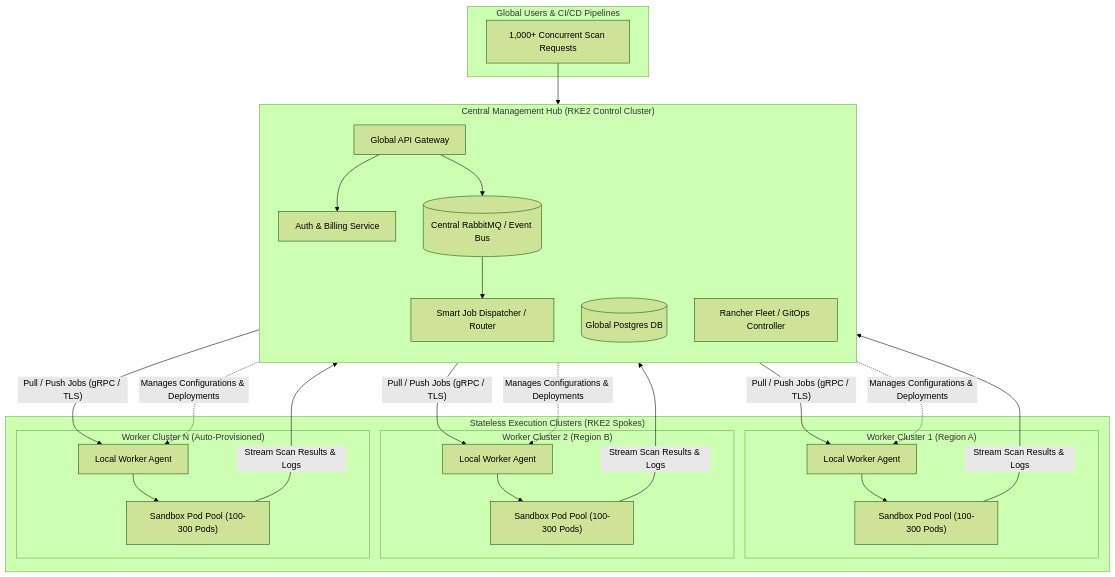
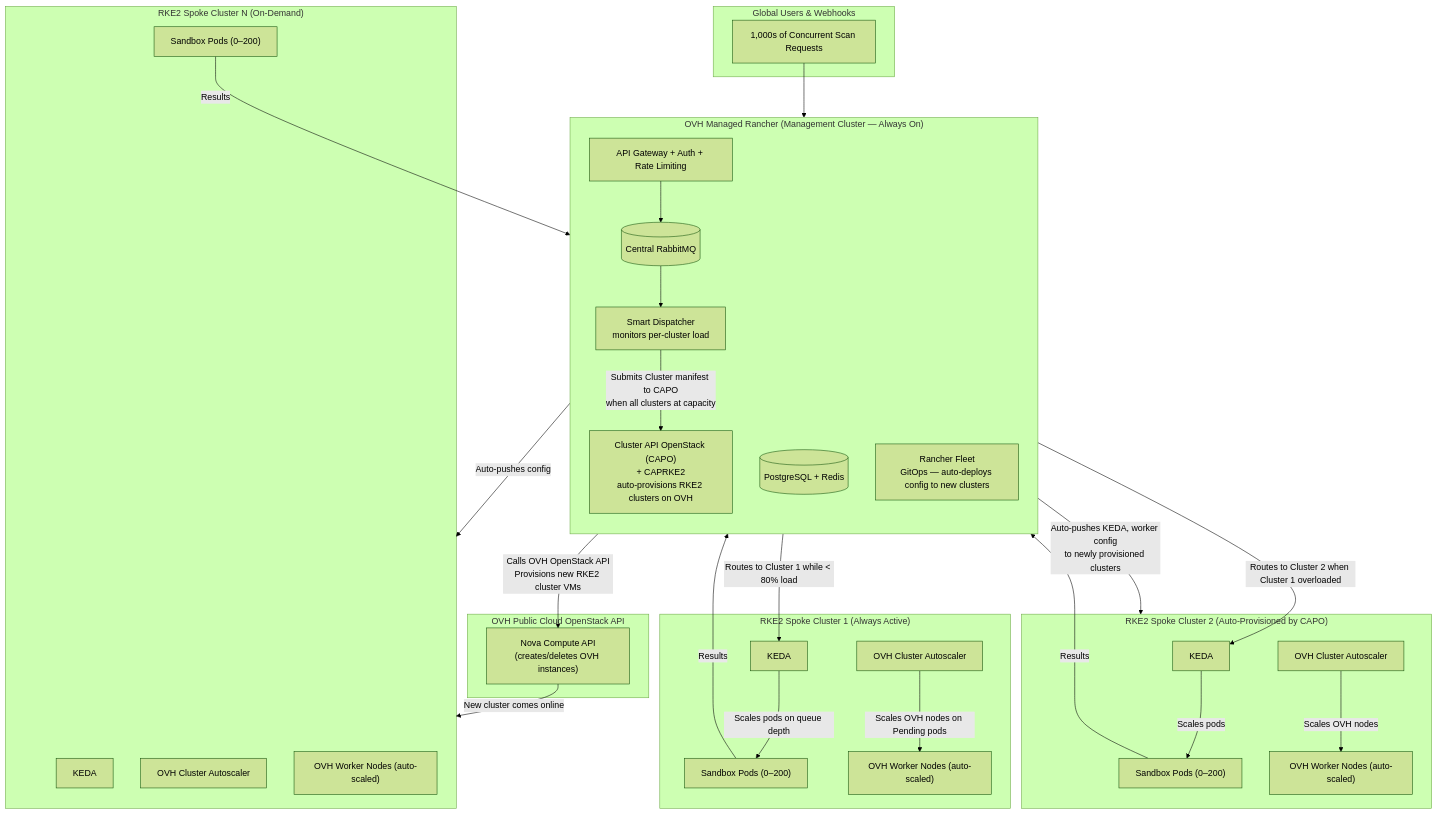
One commit to 01cloud/01-Sandbox changed the third of 6 diagrams in docs/multi-cluster.md. Above: the diagram before and after it, drawn with Mermaid (forest theme). The commit also changed other lines of this file, not shown here.

````diff
--- a/docs/multi-cluster.md
+++ b/docs/multi-cluster.md
@@ -121,54 +319,62 @@
 ```mermaid
 flowchart TD
-    subgraph Clients["Global Users & CI/CD Pipelines"]
-        Users["1,000+ Concurrent Scan Requests"]
+    subgraph Users["Global Users & Webhooks"]
+        Traffic["1,000s of Concurrent Scan Requests"]
     end
 
-    subgraph Hub["Central Management Hub (RKE2 Control Cluster)"]
+    subgraph MgmtCluster["OVH Managed Rancher (Management Cluster — Always On)"]
         direction TB
-        APIGW["Global API Gateway"]
-        Auth["Auth & Billing Service"]
-        CentralMQ[("Central RabbitMQ / Event Bus")]
-        CentralDB[("Global Postgres DB")]
-        Dispatcher["Smart Job Dispatcher / Router"]
-        Fleet["Rancher Fleet / GitOps Controller"]
+        APIGW["API Gateway + Auth + Rate Limiting"]
+        CentralMQ[("Central RabbitMQ")]
+        CentralDB[("PostgreSQL + Redis")]
+        Dispatcher["Smart Dispatcher<br/>monitors per-cluster load"]
+        CAPO["Cluster API OpenStack (CAPO)<br/>+ CAPRKE2<br/>auto-provisions RKE2 clusters on OVH"]
+        Fleet["Rancher Fleet<br/>GitOps — auto-deploys config to new clusters"]
     end
 
-    subgraph ClusterPool["Stateless Execution Clusters (RKE2 Spokes)"]
-        subgraph Spoke1["Worker Cluster 1 (Region A)"]
-            W1_API["Local Worker Agent"]
-            W1_Pods["Sandbox Pod Pool (100-300 Pods)"]
-        end
-
-        subgraph Spoke2["Worker Cluster 2 (Region B)"]
-            W2_API["Local Worker Agent"]
-            W2_Pods["Sandbox Pod Pool (100-300 Pods)"]
-        end
-
-        subgraph SpokeN["Worker Cluster N (Auto-Provisioned)"]
-            WN_API["Local Worker Agent"]
-            WN_Pods["Sandbox Pod Pool (100-300 Pods)"]
-        end
+    subgraph OVHInfra["OVH Public Cloud OpenStack API"]
+        Nova["Nova Compute API<br/>(creates/deletes OVH instances)"]
     end
 
-    Users --> APIGW
-    APIGW --> Auth
+    subgraph Spoke1["RKE2 Spoke Cluster 1 (Always Active)"]
+        S1_KEDA["KEDA"]
+        S1_CA["OVH Cluster Autoscaler"]
+        S1_Pods["Sandbox Pods (0–200)"]
+        S1_Nodes["OVH Worker Nodes (auto-scaled)"]
+    end
+
+    subgraph Spoke2["RKE2 Spoke Cluster 2 (Auto-Provisioned by CAPO)"]
+        S2_KEDA["KEDA"]
+        S2_CA["OVH Cluster Autoscaler"]
+        S2_Pods["Sandbox Pods (0–200)"]
+        S2_Nodes["OVH Worker Nodes (auto-scaled)"]
+    end
+
+    subgraph SpokeN["RKE2 Spoke Cluster N (On-Demand)"]
+        SN_KEDA["KEDA"]
+        SN_CA["OVH Cluster Autoscaler"]
+        SN_Pods["Sandbox Pods (0–200)"]
+        SN_Nodes["OVH Worker Nodes (auto-scaled)"]
+    end
+
+    Traffic --> APIGW
     APIGW --> CentralMQ
     CentralMQ --> Dispatcher
 
-    Dispatcher -- "Pull / Push Jobs (gRPC / TLS)" --> W1_API
-    Dispatcher -- "Pull / Push Jobs (gRPC / TLS)" --> W2_API
-    Dispatcher -- "Pull / Push Jobs (gRPC / TLS)" --> WN_API
+    Dispatcher -- "Routes to Cluster 1 while < 80% load" --> S1_KEDA
+    Dispatcher -- "Routes to Cluster 2 when Cluster 1 overloaded" --> S2_KEDA
+    Dispatcher -- "Submits Cluster manifest to CAPO<br/>when all clusters at capacity" --> CAPO
+    CAPO -- "Calls OVH OpenStack API<br/>Provisions new RKE2 cluster VMs" --> Nova
+    Nova -- "New cluster comes online" --> SpokeN
+    Fleet -- "Auto-pushes KEDA, worker config<br/>to newly provisioned clusters" --> Spoke2
+    Fleet -- "Auto-pushes config" --> SpokeN
 
-    W1_API --> W1_Pods
-    W2_API --> W2_Pods
-    WN_API --> WN_Pods
+    S1_KEDA -- "Scales pods on queue depth" --> S1_Pods
+    S1_CA -- "Scales OVH nodes on Pending pods" --> S1_Nodes
+    S2_KEDA -- "Scales pods" --> S2_Pods
+    S2_CA -- "Scales OVH nodes" --> S2_Nodes
 
-    W1_Pods -- "Stream Scan Results & Logs" --> CentralDB
-    W2_Pods -- "Stream Scan Results & Logs" --> CentralDB
-    WN_Pods -- "Stream Scan Results & Logs" --> CentralDB
-
-    Fleet -. "Manages Configurations & Deployments" .-> W1_API
-    Fleet -. "Manages Configurations & Deployments" .-> W2_API
-    Fleet -. "Manages Configurations & Deployments" .-> WN_API
+    S1_Pods -- "Results" --> CentralDB
+    S2_Pods -- "Results" --> CentralDB
+    SN_Pods -- "Results" --> CentralDB
 ```
````
